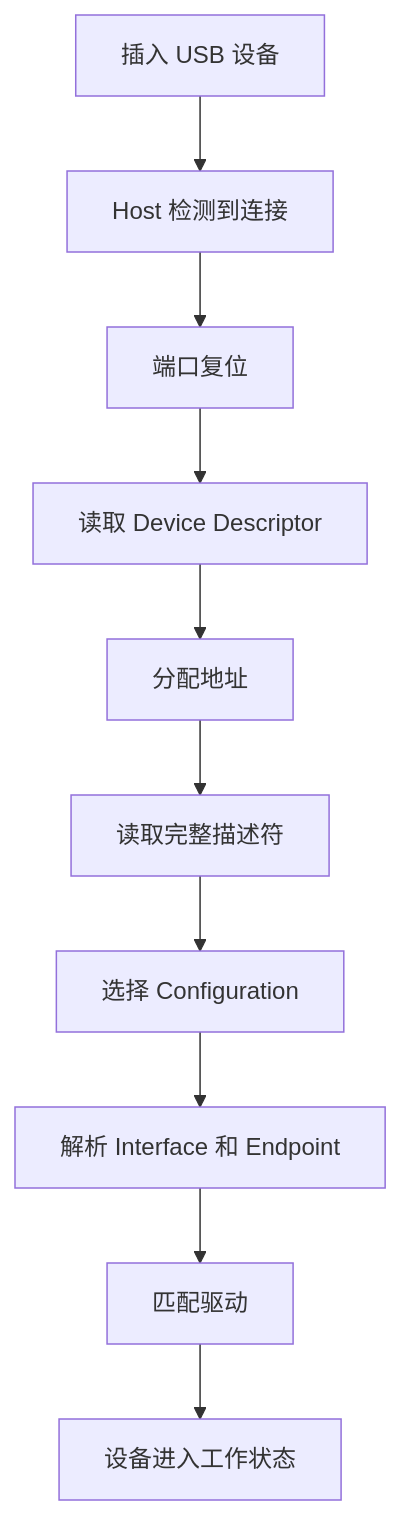
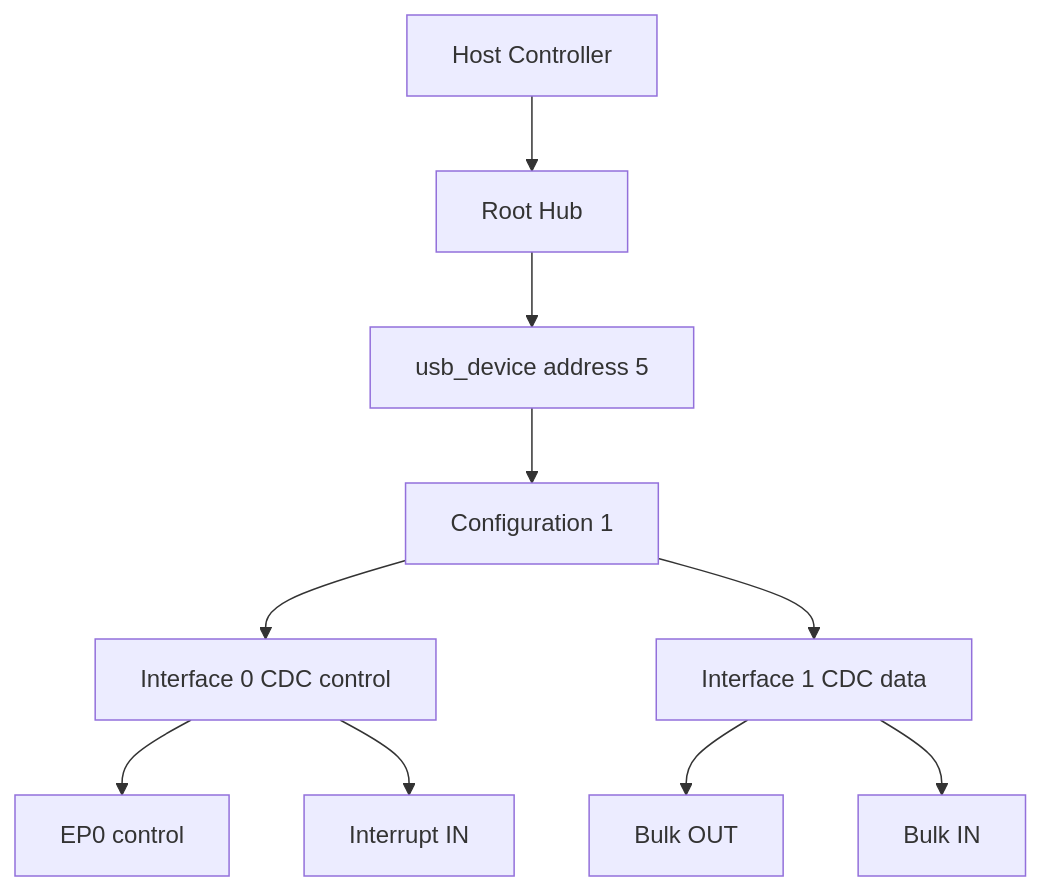
The first of 2 diagrams in docs/articles/usb/usb-01-usb-architecture-enumeration.md (cdragon-ljl/EEandEdgeAI), drawn with Mermaid before and after one commit. The commit also changed other lines of this file and 3 other files, not shown here.

Commit message:
docs(usb): rewrite architecture descriptors and URB guides

````diff
--- a/docs/articles/usb/usb-01-usb-architecture-enumeration.md
+++ b/docs/articles/usb/usb-01-usb-architecture-enumeration.md
@@ -270,12 +30,12 @@
 ```mermaid
-flowchart TD
-    A[插入 USB 设备] --> B[Host 检测到连接]
-    B --> C[端口复位]
-    C --> D[读取 Device Descriptor]
-    D --> E[分配地址]
-    E --> F[读取完整描述符]
-    F --> G[选择 Configuration]
-    G --> H[解析 Interface 和 Endpoint]
-    H --> I[匹配驱动]
-    I --> J[设备进入工作状态]
+flowchart TB
+    H[Host Controller] --> RH[Root Hub]
+    RH --> D[usb_device address 5]
+    D --> C[Configuration 1]
+    C --> I0[Interface 0 CDC control]
+    C --> I1[Interface 1 CDC data]
+    I0 --> EP0[EP0 control]
+    I0 --> EPI[Interrupt IN]
+    I1 --> EPO[Bulk OUT]
+    I1 --> EPIN[Bulk IN]
 ```
````
